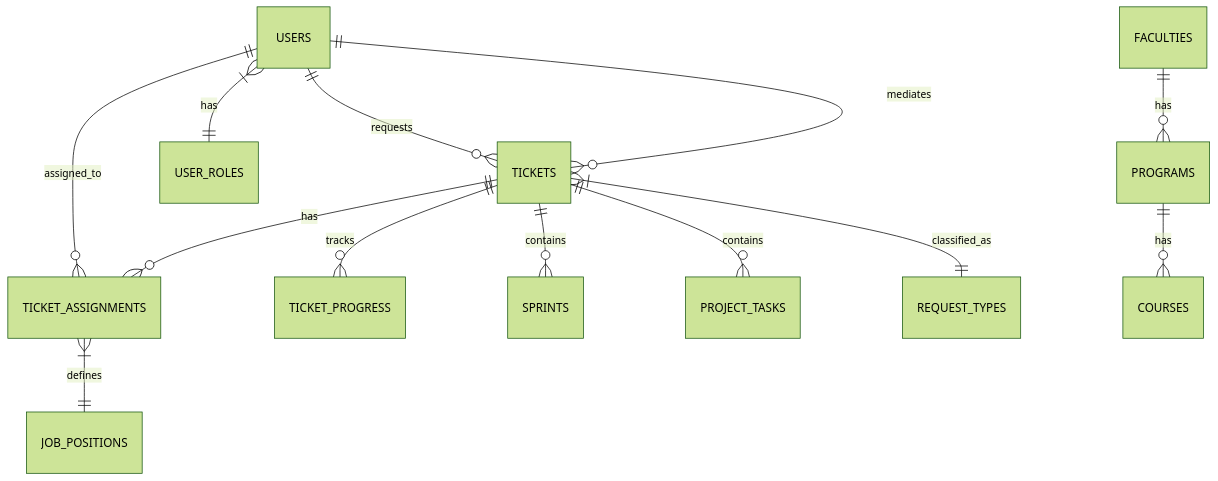
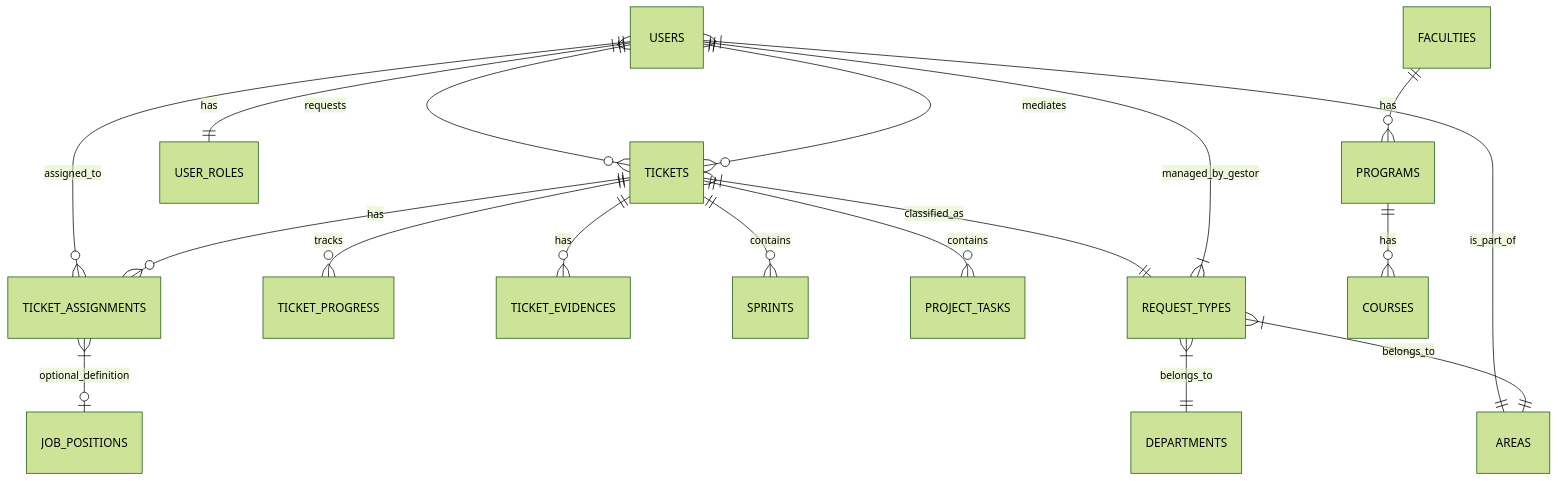
One commit to DanielDev87/virtual-center-app changed the diagram in manuales/manual_base_datos.md. Above: the diagram before and after it, drawn with Mermaid (forest theme). The commit also changed other lines of this file and 370 other files, not shown here.

````diff
--- a/manuales/manual_base_datos.md
+++ b/manuales/manual_base_datos.md
@@ -34,15 +34,20 @@
 ```mermaid
 erDiagram
     USERS ||--o{ TICKETS : requests
     USERS ||--o{ TICKETS : mediates
     USERS ||--o{ TICKET_ASSIGNMENTS : assigned_to
     USERS }|--|| USER_ROLES : has
+    USERS }|--|| AREAS : is_part_of
     TICKETS ||--o{ TICKET_ASSIGNMENTS : has
     TICKETS ||--o{ TICKET_PROGRESS : tracks
+    TICKETS ||--o{ TICKET_EVIDENCES : has
     TICKETS ||--o{ SPRINTS : contains
     TICKETS ||--o{ PROJECT_TASKS : contains
     TICKETS }|--|| REQUEST_TYPES : classified_as
-    TICKET_ASSIGNMENTS }|--|| JOB_POSITIONS : defines
+    TICKET_ASSIGNMENTS }|--o| JOB_POSITIONS : optional_definition
+    REQUEST_TYPES }|--|| DEPARTMENTS : belongs_to
+    REQUEST_TYPES }|--|| AREAS : belongs_to
+    REQUEST_TYPES }|--|| USERS : managed_by_gestor
     FACULTIES ||--o{ PROGRAMS : has
     PROGRAMS ||--o{ COURSES : has
 ```
````
